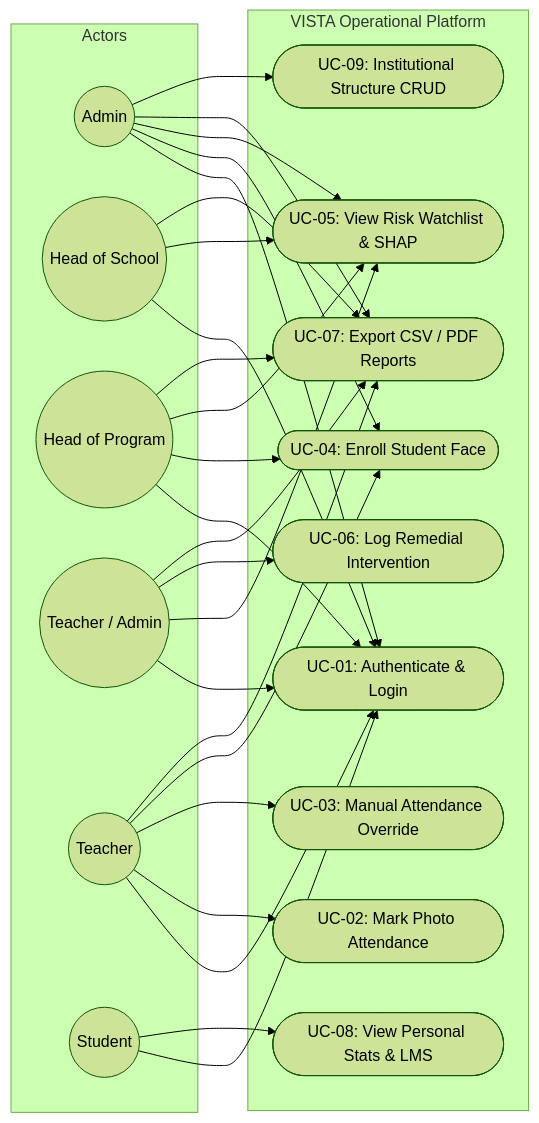
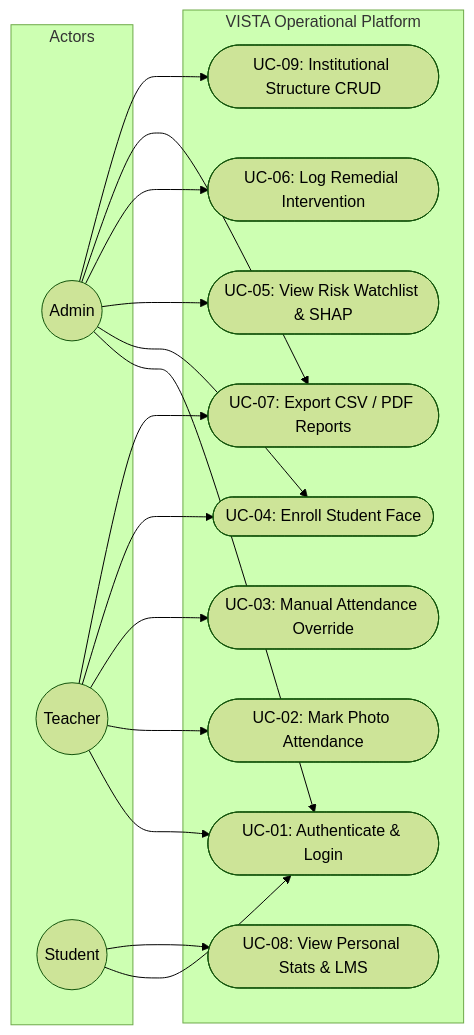
The second of 5 diagrams in REPORT_ch4.md (M0hammedAyan/AI-Classroom-Intelligent-System), drawn with Mermaid (forest theme) before and after one commit. The commit also changed other lines of this file and 8 other files, not shown here.

````diff
--- a/REPORT_ch4.md
+++ b/REPORT_ch4.md
@@ -102,52 +99,36 @@
 ```mermaid
 graph LR
     subgraph Actors
         A((Admin))
-        HOS((Head of School))
-        HOP((Head of Program))
-        M((Teacher / Admin))
         T((Teacher))
         S((Student))
     end
 
     subgraph VISTA_Platform ["VISTA Operational Platform"]
         UC1([UC-01: Authenticate & Login])
         UC2([UC-02: Mark Photo Attendance])
         UC3([UC-03: Manual Attendance Override])
         UC4([UC-04: Enroll Student Face])
         UC5([UC-05: View Risk Watchlist & SHAP])
         UC6([UC-06: Log Remedial Intervention])
         UC7([UC-07: Export CSV / PDF Reports])
         UC8([UC-08: View Personal Stats & LMS])
         UC9([UC-09: Institutional Structure CRUD])
     end
 
     A --> UC1
     A --> UC4
     A --> UC5
+    A --> UC6
     A --> UC7
     A --> UC9
-
-    HOS --> UC1
-    HOS --> UC5
-    HOS --> UC7
-
-    HOP --> UC1
-    HOP --> UC4
-    HOP --> UC5
-    HOP --> UC7
-
-    M --> UC1
-    M --> UC5
-    M --> UC6
-    M --> UC7
 
     T --> UC1
     T --> UC2
     T --> UC3
     T --> UC4
     T --> UC7
 
     S --> UC1
     S --> UC8
 ```
````
